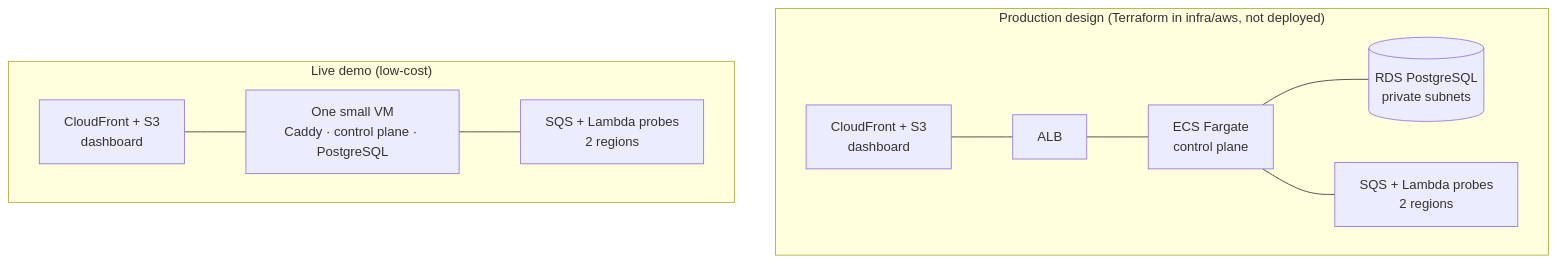
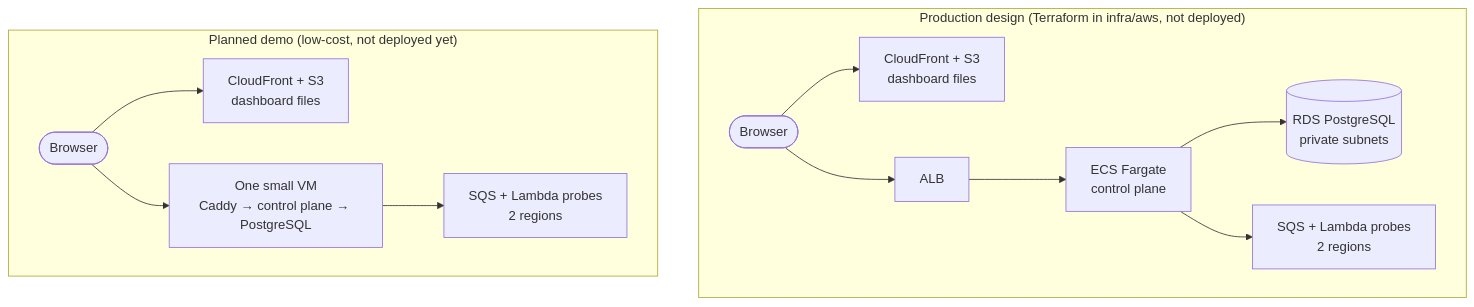
Before and after one commit to DrissiAli221/reliability-control-plane: the second of 2 diagrams in README.md, drawn with Mermaid. The commit also changed other lines of this file, not shown here.

First line of the commit message:
docs: correct the README's demo status, DOWN rule, diagram, CI and cost claims

````diff
--- a/README.md
+++ b/README.md
@@ -48,13 +51,15 @@
 ```mermaid
 flowchart TB
     subgraph prod["Production design (Terraform in infra/aws, not deployed)"]
         direction LR
-        CF1["CloudFront + S3<br/>dashboard"] --- ALB["ALB"] --- ECS["ECS Fargate<br/>control plane"] --- RDS[("RDS PostgreSQL<br/>private subnets")]
-        ECS --- SQS1["SQS + Lambda probes<br/>2 regions"]
+        B1(["Browser"]) --> CF1["CloudFront + S3<br/>dashboard files"]
+        B1 --> ALB["ALB"] --> ECS["ECS Fargate<br/>control plane"] --> RDS[("RDS PostgreSQL<br/>private subnets")]
+        ECS --> SQS1["SQS + Lambda probes<br/>2 regions"]
     end
-    subgraph demo["Live demo (low-cost)"]
+    subgraph demo["Planned demo (low-cost, not deployed yet)"]
         direction LR
-        CF2["CloudFront + S3<br/>dashboard"] --- VM["One small VM<br/>Caddy · control plane · PostgreSQL"]
-        VM --- SQS2["SQS + Lambda probes<br/>2 regions"]
+        B2(["Browser"]) --> CF2["CloudFront + S3<br/>dashboard files"]
+        B2 --> VM["One small VM<br/>Caddy → control plane → PostgreSQL"]
+        VM --> SQS2["SQS + Lambda probes<br/>2 regions"]
     end
 ```
````
